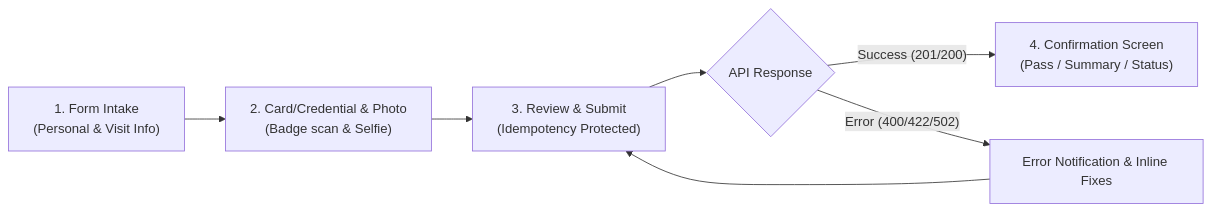
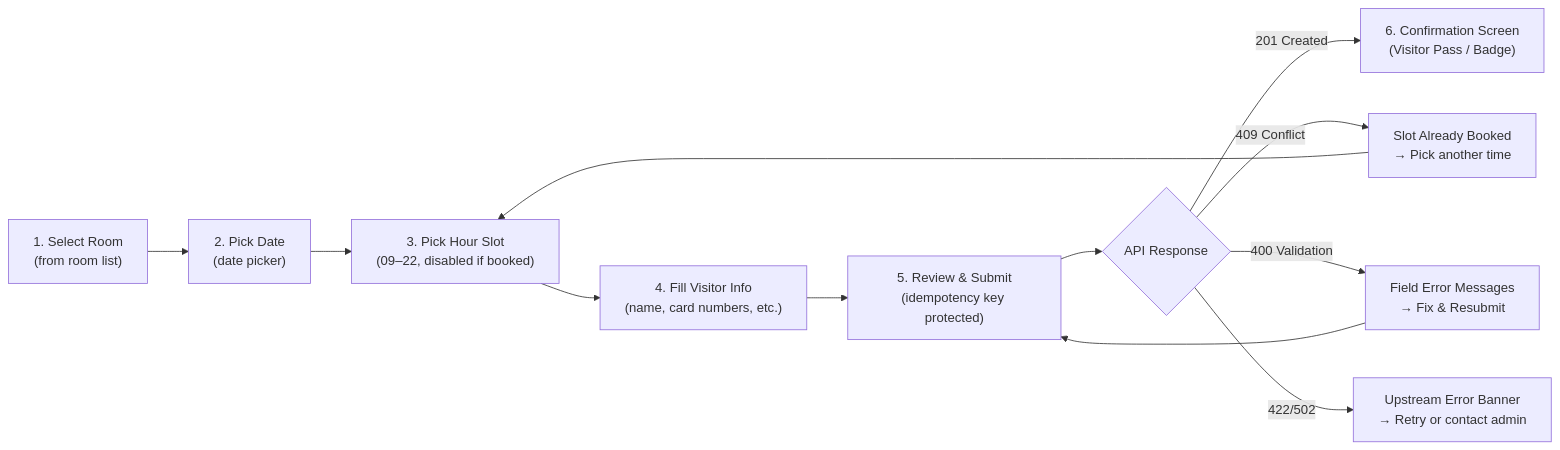
Before and after one commit to priyayids/vms-myboga: the diagram in Agent/UI-requirement.md, drawn with Mermaid. The commit also changed other lines of this file and 60 other files, not shown here.

First line of the commit message:
feat: complete booking engine — time-slot model, QR codes, expiry scheduler, room master

````diff
--- a/Agent/UI-requirement.md
+++ b/Agent/UI-requirement.md
@@ -29,9 +36,14 @@
 ```mermaid
 flowchart LR
-    A["1. Form Intake<br/>(Personal & Visit Info)"] --> B["2. Card/Credential & Photo<br/>(Badge scan & Selfie)"]
-    B --> C["3. Review & Submit<br/>(Idempotency Protected)"]
-    C --> D{"API Response"}
-    D -- Success (201/200) --> E["4. Confirmation Screen<br/>(Pass / Summary / Status)"]
-    D -- Error (400/422/502) --> F["Error Notification & Inline Fixes"]
-    F --> C
+    A["1. Select Room\n(from room list)"] --> B["2. Pick Date\n(date picker)"]
+    B --> B2["3. Pick Hour Slot\n(09–22, disabled if booked)"]
+    B2 --> C["4. Fill Visitor Info\n(name, card numbers, etc.)"]
+    C --> D["5. Review & Submit\n(idempotency key protected)"]
+    D --> E{"API Response"}
+    E -- "201 Created" --> F["6. Confirmation Screen\n(Visitor Pass / Badge)"]
+    E -- "409 Conflict" --> G["Slot Already Booked\n→ Pick another time"]
+    E -- "400 Validation" --> H["Field Error Messages\n→ Fix & Resubmit"]
+    E -- "422/502" --> I["Upstream Error Banner\n→ Retry or contact admin"]
+    G --> B2
+    H --> D
 ```
````
